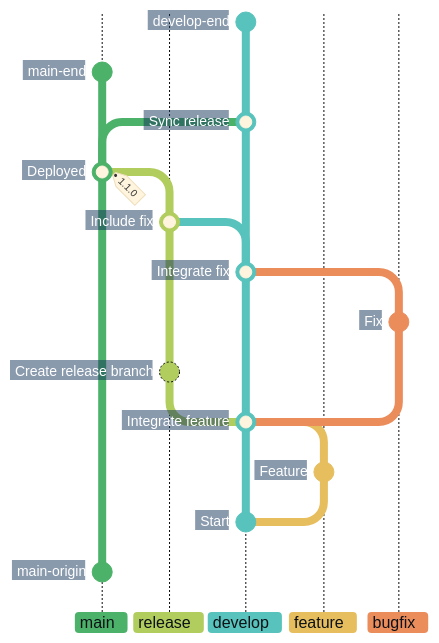
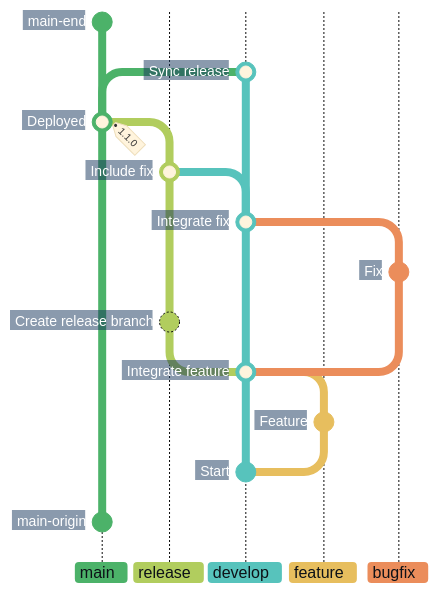
The first of 7 diagrams in docs/adr/cicd.md (superhero/operations.superduper.solutions), drawn with Mermaid before and after one commit. The commit also changed other lines of this file, not shown here.

Commit message:
docs(cicd): shorten upward branch continuations

````diff
--- a/docs/adr/cicd.md
+++ b/docs/adr/cicd.md
@@ -15,40 +15,38 @@
 ```mermaid
-%%{init: {"theme": "base", "themeCSS": "line.branch { stroke: #8B949E; stroke-width: 1px; stroke-dasharray: 1 4; stroke-linecap: round; } .branchLabel, .tag-label { font-weight: 700; } .tag-label-bkg, .commit-label-bkg { opacity: 0.9; } .tag-label-bkg { fill: #B8E6C4; stroke: #8ED3A2; } .branchLabelBkg { opacity: 1; clip-path: inset(0 8px 0 0 round 4px) fill-box; } .commit-labels g:nth-last-of-type(-n+2), .commit.main-origin { visibility: hidden; } path.arrow2:not(.arrow2 ~ .arrow2) { filter: drop-shadow(0 50px 0 #57C3BC); } .commit-labels g:nth-of-type(-n+2), .commit.main-end, .commit.develop-end { visibility: hidden; } .commit-arrows path.arrow0:nth-last-child(2) { filter: drop-shadow(0 -50px 0 #4CB269); } .commit-labels g { transform-box: fill-box; transform-origin: calc(100% + 17px) calc(50% + 2px); transform: rotate(-10deg); } .commit-label { font-weight: 700; transform: translateX(-8px); } .commit-label-bkg { stroke: #17365D; stroke-width: 20px; transform: translateX(-5px); clip-path: polygon(-4px -4px, calc(100% + 4px) -4px, calc(100% + 10px) 50%, calc(100% + 4px) calc(100% + 4px), -4px calc(100% + 4px)) fill-box; } .commit.branch { stroke: #B1CD5E; stroke-dasharray: none; }", "gitGraph": {"showCommitLabel": true, "rotateCommitLabel": false}, "themeVariables": {
+%%{init: {"theme": "base", "themeCSS": "line.branch { stroke: #8B949E; stroke-width: 1px; stroke-dasharray: 1 4; stroke-linecap: round; } .branchLabel, .tag-label { font-weight: 700; } .tag-label-bkg, .commit-label-bkg { opacity: 0.9; } .tag-label-bkg { fill: #B8E6C4; stroke: #8ED3A2; } .branchLabelBkg { opacity: 1; clip-path: inset(0 8px 0 0 round 4px) fill-box; } .commit-labels g:nth-last-of-type(-n+2), .commit.main-origin { visibility: hidden; } path.arrow2:not(.arrow2 ~ .arrow2) { filter: drop-shadow(0 50px 0 #57C3BC); } .commit-labels g:first-of-type, .commit.main-end { visibility: hidden; } .commit-arrows path.arrow2:nth-last-child(3) { filter: drop-shadow(0 -50px 0 #57C3BC); } .commit-labels g { transform-box: fill-box; transform-origin: calc(100% + 17px) calc(50% + 2px); transform: rotate(-10deg); } .commit-label { font-weight: 700; transform: translateX(-8px); } .commit-label-bkg { stroke: #17365D; stroke-width: 20px; transform: translateX(-5px); clip-path: polygon(-4px -4px, calc(100% + 4px) -4px, calc(100% + 10px) 50%, calc(100% + 4px) calc(100% + 4px), -4px calc(100% + 4px)) fill-box; } .commit.branch { stroke: #B1CD5E; stroke-dasharray: none; }", "gitGraph": {"showCommitLabel": true, "rotateCommitLabel": false}, "themeVariables": {
     "commitLabelFontSize": "14px", "commitLabelColor": "#FFFFFF", "commitLabelBackground": "#17365D",
     "git0": "#4CB269", "gitBranchLabel0": "#0D1117",
     "git1": "#B1CD5E", "gitBranchLabel1": "#0D1117",
     "git2": "#57C3BC", "gitBranchLabel2": "#0D1117",
     "git3": "#E7BE5E", "gitBranchLabel3": "#0D1117",
     "git4": "#EB8D5B", "gitBranchLabel4": "#0D1117"
 }}}%%
 gitGraph BT:
     %% Show existing main and develop lanes with earlier ancestry and initial notes omitted.
     branch develop order: 2
     checkout main
     %% Hide the main marker; extend develop by 50px below its visible feature fork to align the starts.
     commit id: "main-origin"
     checkout develop
     commit id: "Start"
     branch "feature" order: 3
     commit id: "Feature"
     checkout develop
     merge "feature" id: "Integrate feature"
     branch "release" order: 1
     commit id: "Create release branch"
     checkout develop
     branch "bugfix" order: 4
     commit id: "Fix"
     checkout develop
     merge "bugfix" id: "Integrate fix"
     checkout "release"
     merge develop id: "Include fix"
     checkout main
     merge "release" id: "Deployed" tag: "1.1.0"
     checkout develop
     merge main id: "Sync release"
-    %% Hidden endpoints continue both permanent branches; extend main by 50px to align the tips.
+    %% A hidden main endpoint and a 50px develop extension align the continuing tips.
     checkout main
     commit id: "main-end"
-    checkout develop
-    commit id: "develop-end"
 ```
````
